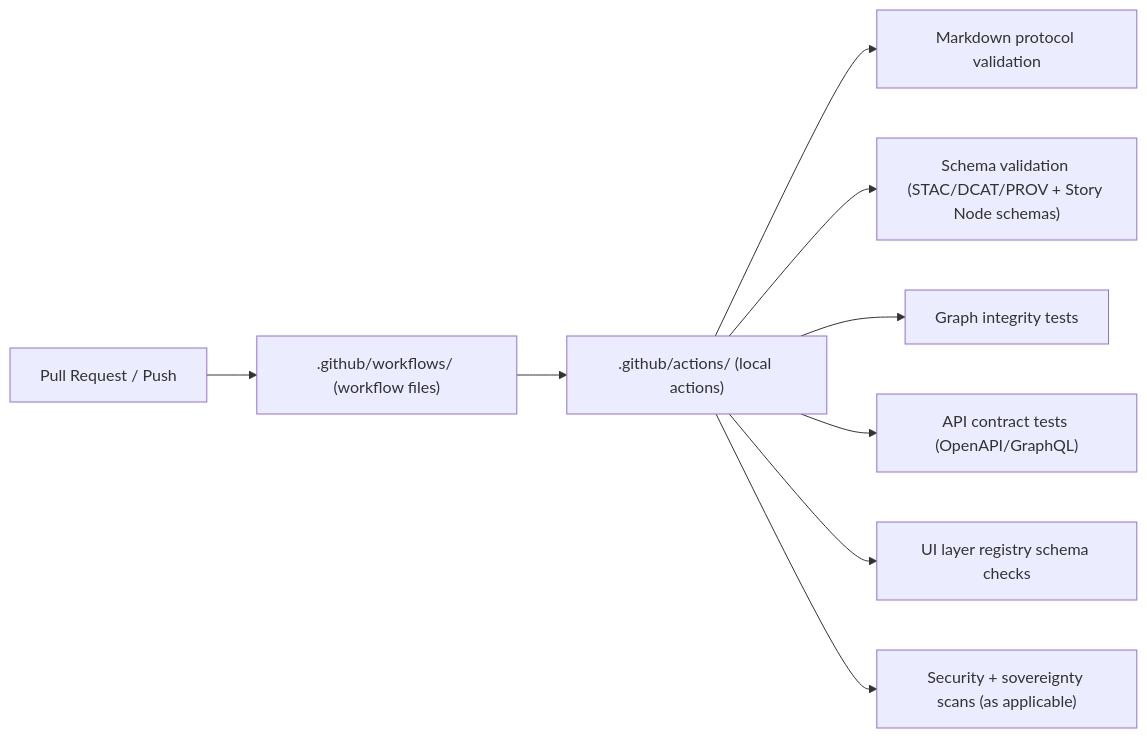
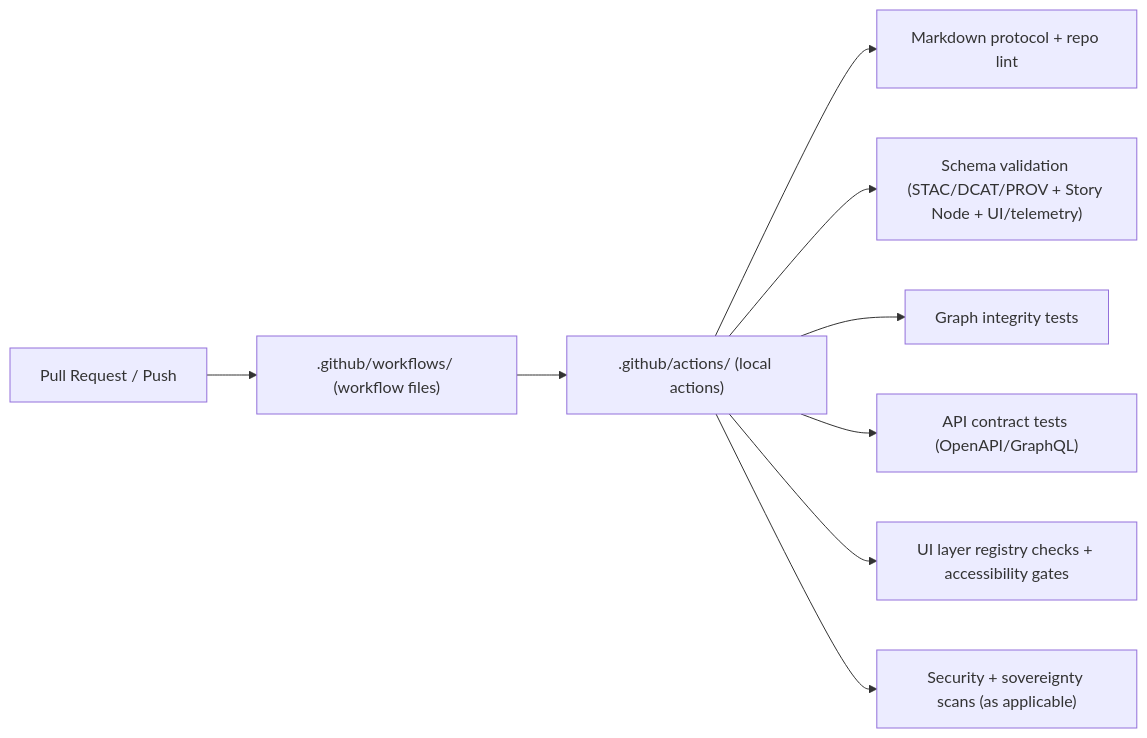
Before and after one commit to bartytime4life/Kansas-Frontier-Matrix: the second of 2 diagrams in .github/actions/README.md, drawn with Mermaid. The commit also changed other lines of this file, not shown here.

```diff
--- a/.github/actions/README.md
+++ b/.github/actions/README.md
@@ -171,12 +251,12 @@
 ~~~mermaid
 flowchart LR
   PR["Pull Request / Push"] --> WF[".github/workflows/ (workflow files)"]
   WF --> ACT[".github/actions/ (local actions)"]
 
-  ACT --> G1["Markdown protocol validation"]
-  ACT --> G2["Schema validation (STAC/DCAT/PROV + Story Node schemas)"]
+  ACT --> G1["Markdown protocol + repo lint"]
+  ACT --> G2["Schema validation (STAC/DCAT/PROV + Story Node + UI/telemetry)"]
   ACT --> G3["Graph integrity tests"]
   ACT --> G4["API contract tests (OpenAPI/GraphQL)"]
-  ACT --> G5["UI layer registry schema checks"]
+  ACT --> G5["UI layer registry checks + accessibility gates"]
   ACT --> G6["Security + sovereignty scans (as applicable)"]
 ~~~
```
